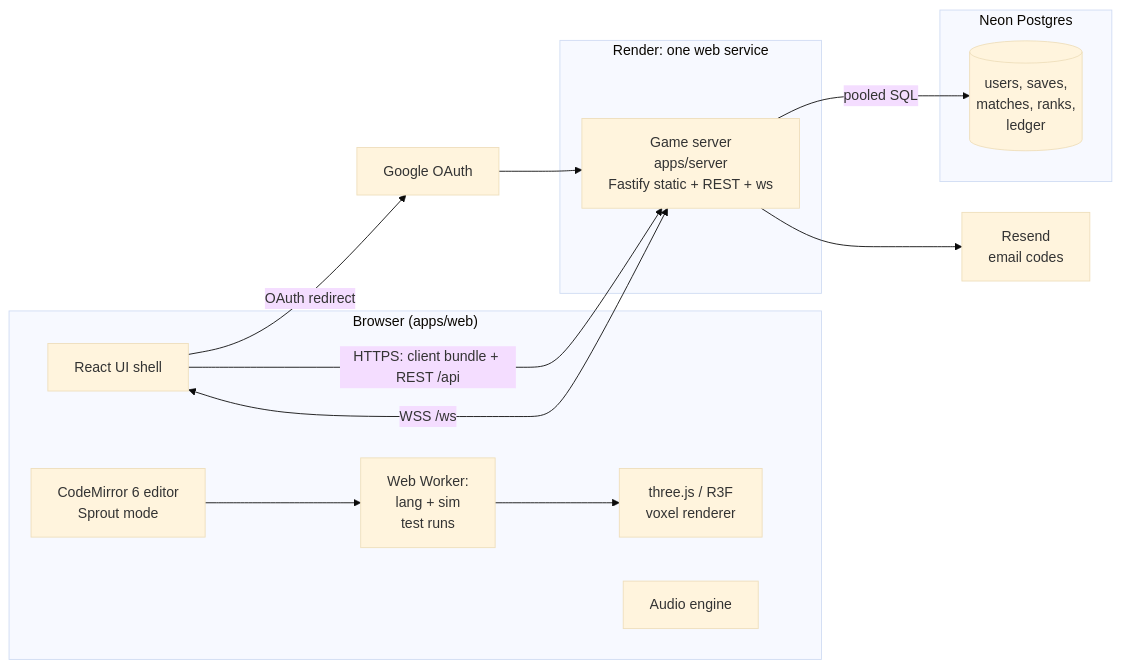
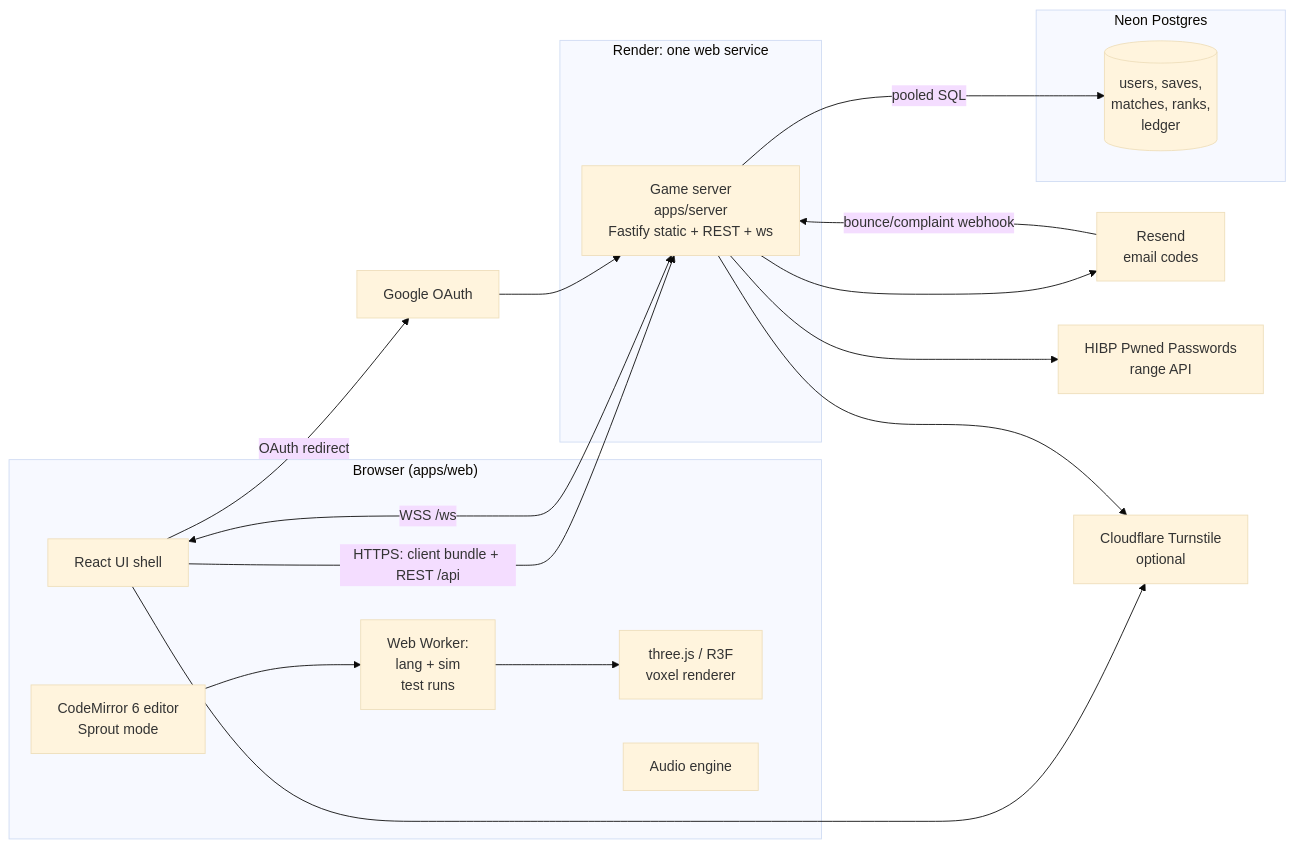
The first of 3 diagrams in docs/03-architecture/system-overview.md (EvanGUTK/Harvest-Game), drawn with Mermaid (base theme) before and after one commit. The commit also changed 12 other files, not shown here.

````diff
--- a/docs/03-architecture/system-overview.md
+++ b/docs/03-architecture/system-overview.md
@@ -5,29 +5,35 @@
 ```mermaid
 flowchart LR
   subgraph Browser["Browser (apps/web)"]
     UI[React UI shell]
     ED[CodeMirror 6 editor<br/>Sprout mode]
     R3F[three.js / R3F<br/>voxel renderer]
     LW[Web Worker:<br/>lang + sim<br/>test runs]
     AU[Audio engine]
   end
 
   subgraph Render["Render: one web service"]
     API[Game server<br/>apps/server<br/>Fastify static + REST + ws]
   end
 
   subgraph Neon["Neon Postgres"]
     DB[(users, saves,<br/>matches, ranks,<br/>ledger)]
   end
 
   RESEND[Resend<br/>email codes]
   GOOGLE[Google OAuth]
+  HIBP[HIBP Pwned Passwords<br/>range API]
+  TURNSTILE[Cloudflare Turnstile<br/>optional]
 
   UI -- "HTTPS: client bundle + REST /api" --> API
   UI <-- WSS /ws --> API
   ED --> LW
   LW --> R3F
   API -- pooled SQL --> DB
   API --> RESEND
+  RESEND -- "bounce/complaint webhook" --> API
+  API --> HIBP
   UI -- OAuth redirect --> GOOGLE --> API
+  UI --> TURNSTILE
+  API --> TURNSTILE
 ```
````
